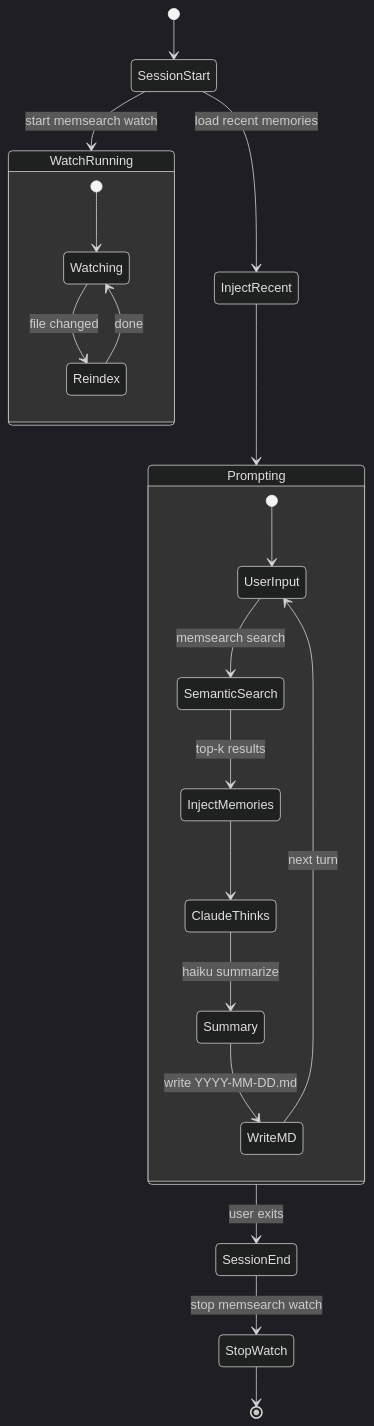
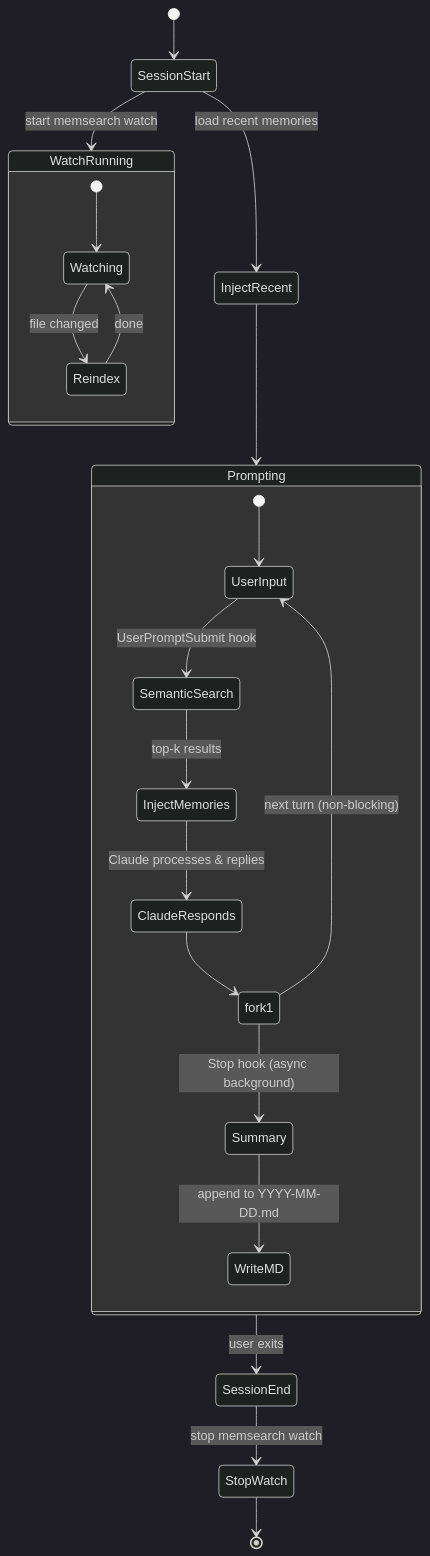
Before and after one commit to HongzhuLiu/memsearch: the third of 4 diagrams in docs/claude-plugin.md, drawn with Mermaid (dark theme). The commit also changed other lines of this file and 1 other file, not shown here.

First line of the commit message:
Docs: per-framework install instructions, sync lifecycle diagram

````diff
--- a/docs/claude-plugin.md
+++ b/docs/claude-plugin.md
@@ -95,28 +95,30 @@
 ```mermaid
 stateDiagram-v2
     [*] --> SessionStart
     SessionStart --> WatchRunning: start memsearch watch
     SessionStart --> InjectRecent: load recent memories
 
     state WatchRunning {
         [*] --> Watching
         Watching --> Reindex: file changed
         Reindex --> Watching: done
     }
 
     InjectRecent --> Prompting
 
     state Prompting {
         [*] --> UserInput
-        UserInput --> SemanticSearch: memsearch search
+        UserInput --> SemanticSearch: UserPromptSubmit hook
         SemanticSearch --> InjectMemories: top-k results
-        InjectMemories --> ClaudeThinks
-        ClaudeThinks --> Summary: haiku summarize
-        Summary --> WriteMD: write YYYY-MM-DD.md
-        WriteMD --> UserInput: next turn
+        InjectMemories --> ClaudeResponds: Claude processes & replies
+        ClaudeResponds --> fork1
+        state fork1 <<fork>>
+        fork1 --> UserInput: next turn (non-blocking)
+        fork1 --> Summary: Stop hook (async background)
+        Summary --> WriteMD: append to YYYY-MM-DD.md
     }
 
     Prompting --> SessionEnd: user exits
     SessionEnd --> StopWatch: stop memsearch watch
     StopWatch --> [*]
 ```
````
